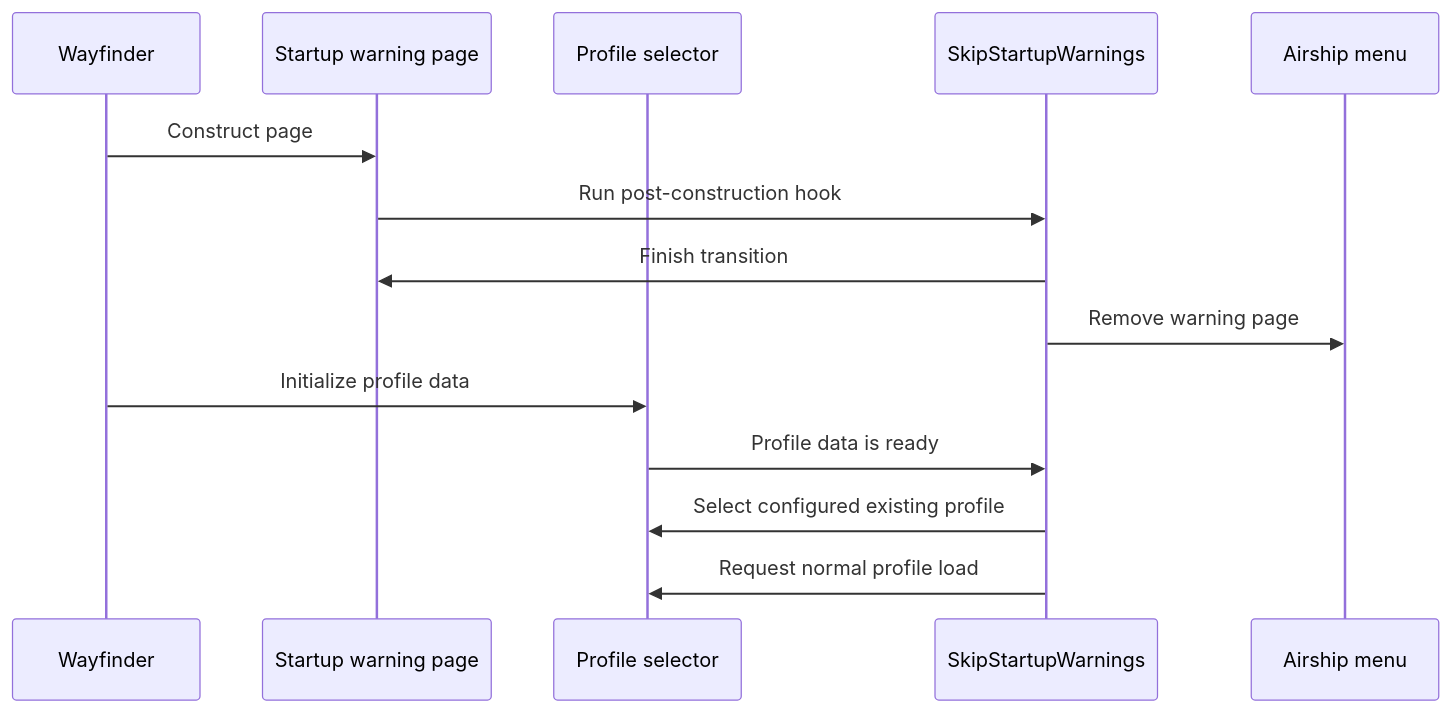
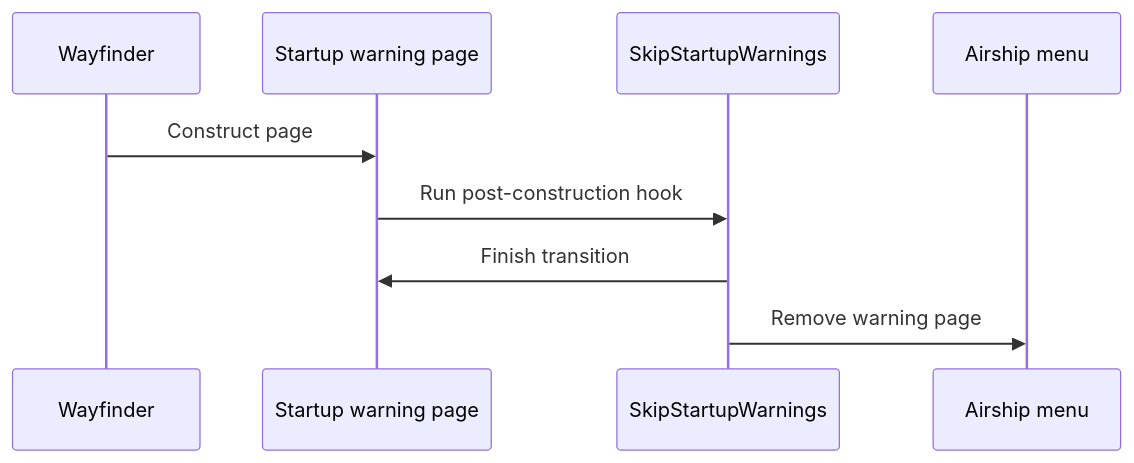
Before and after one commit to TheAngryByrd/Wayfinder-Mods: the diagram in lode/startup/summary.md, drawn with Mermaid. The commit also changed other lines of this file and 4 other files, not shown here.

````diff
--- a/lode/startup/summary.md
+++ b/lode/startup/summary.md
@@ -8,16 +7,11 @@
 ```mermaid
 sequenceDiagram
     participant Wayfinder
     participant Warning as Startup warning page
-    participant Profile as Profile selector
     participant Mod as SkipStartupWarnings
     participant Menu as Airship menu
     Wayfinder->>Warning: Construct page
     Warning->>Mod: Run post-construction hook
     Mod->>Warning: Finish transition
     Mod->>Menu: Remove warning page
-    Wayfinder->>Profile: Initialize profile data
-    Profile->>Mod: Profile data is ready
-    Mod->>Profile: Select configured existing profile
-    Mod->>Profile: Request normal profile load
 ```
````
